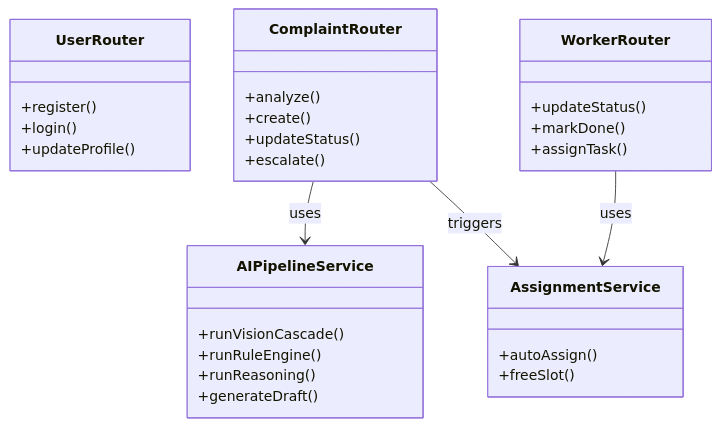
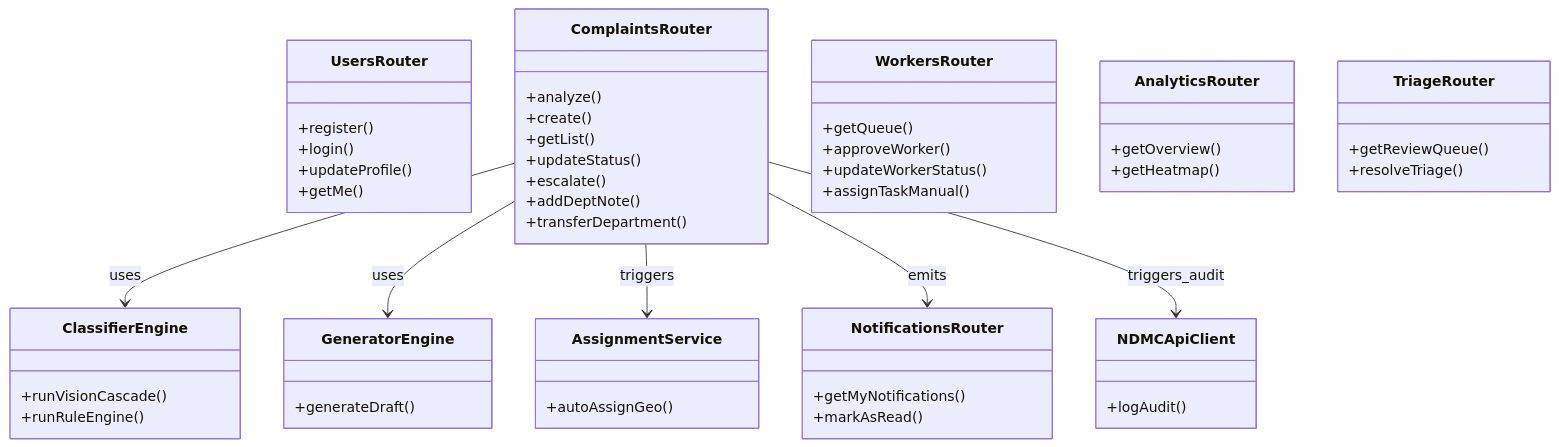
Before and after one commit to ark5234/Jan-Sunwai-AI: the fourth of 10 diagrams in docs/DIAGRAMS.md, drawn with Mermaid. The commit also changed other lines of this file, not shown here.

Commit message:
docs: add comprehensive system architecture and design diagrams documentation

````diff
--- a/docs/DIAGRAMS.md
+++ b/docs/DIAGRAMS.md
@@ -110,33 +136,55 @@
 ```mermaid
 classDiagram
-    class UserRouter {
+    class UsersRouter {
         +register()
         +login()
         +updateProfile()
+        +getMe()
     }
-    class ComplaintRouter {
+    class ComplaintsRouter {
         +analyze()
         +create()
+        +getList()
         +updateStatus()
         +escalate()
+        +addDeptNote()
+        +transferDepartment()
     }
-    class WorkerRouter {
-        +updateStatus()
-        +markDone()
-        +assignTask()
+    class WorkersRouter {
+        +getQueue()
+        +approveWorker()
+        +updateWorkerStatus()
+        +assignTaskManual()
     }
-    class AIPipelineService {
+    class AnalyticsRouter {
+        +getOverview()
+        +getHeatmap()
+    }
+    class TriageRouter {
+        +getReviewQueue()
+        +resolveTriage()
+    }
+    class NotificationsRouter {
+        +getMyNotifications()
+        +markAsRead()
+    }
+    class ClassifierEngine {
         +runVisionCascade()
         +runRuleEngine()
-        +runReasoning()
+    }
+    class GeneratorEngine {
         +generateDraft()
     }
+    class NDMCApiClient {
+        +logAudit()
+    }
     class AssignmentService {
-        +autoAssign()
-        +freeSlot()
+        +autoAssignGeo()
     }
     
-    ComplaintRouter --> AIPipelineService : uses
-    ComplaintRouter --> AssignmentService : triggers
-    WorkerRouter --> AssignmentService : uses
+    ComplaintsRouter --> ClassifierEngine : uses
+    ComplaintsRouter --> GeneratorEngine : uses
+    ComplaintsRouter --> AssignmentService : triggers
+    ComplaintsRouter --> NotificationsRouter : emits
+    ComplaintsRouter --> NDMCApiClient : triggers_audit
 ```
````
